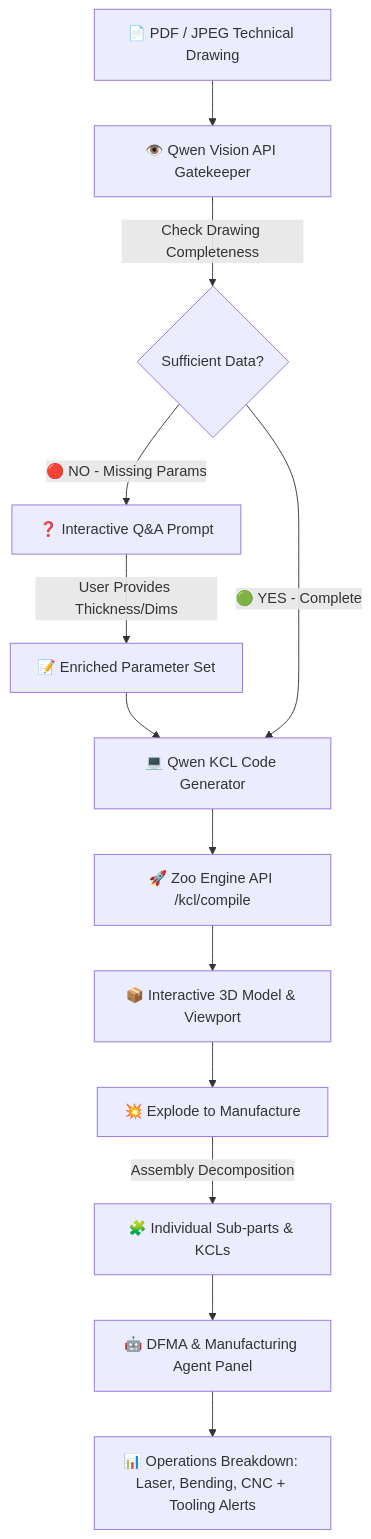
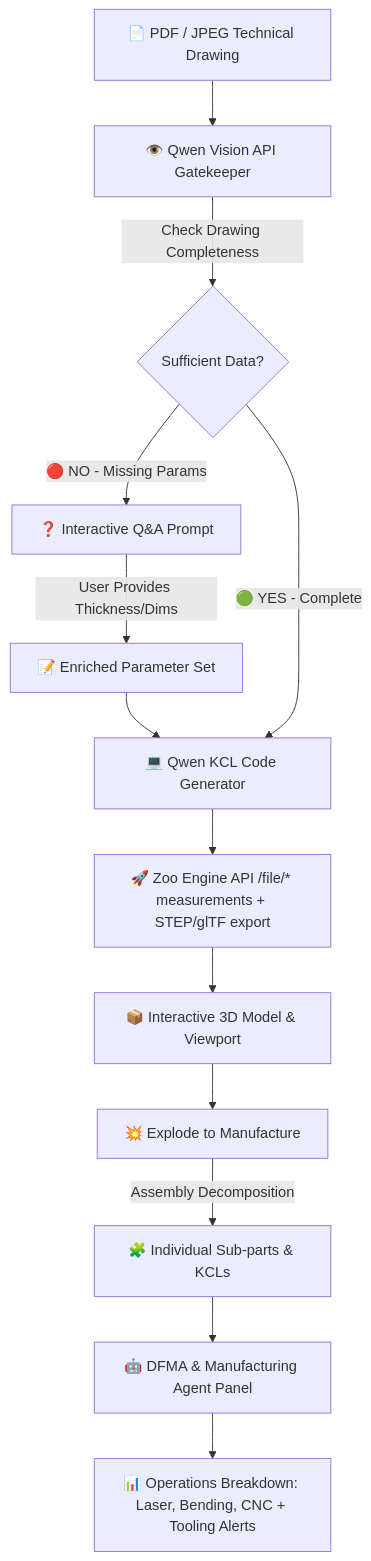
The diagram in README.md (kuntaykunt/zoo-the-api-makeathon), drawn with Mermaid before and after one commit. The commit also changed other lines of this file and 11 other files, not shown here.

````diff
--- a/README.md
+++ b/README.md
@@ -46,21 +46,21 @@
 ```mermaid
 flowchart TD
     A[📄 PDF / JPEG Technical Drawing] --> B[👁️ Qwen Vision API Gatekeeper]
     
     B -->|Check Drawing Completeness| C{Sufficient Data?}
     
     C -->|🔴 NO - Missing Params| D[❓ Interactive Q&A Prompt]
     D -->|User Provides Thickness/Dims| E[📝 Enriched Parameter Set]
     E --> F
     
     C -->|🟢 YES - Complete| F[💻 Qwen KCL Code Generator]
     
-    F --> G[🚀 Zoo Engine API /kcl/compile]
+    F --> G[🚀 Zoo Engine API /file/* measurements + STEP/glTF export]
     G --> H[📦 Interactive 3D Model & Viewport]
     
     H --> I[💥 Explode to Manufacture]
     I -->|Assembly Decomposition| J[🧩 Individual Sub-parts & KCLs]
     
     J --> K[🤖 DFMA & Manufacturing Agent Panel]
     K --> L[📊 Operations Breakdown: Laser, Bending, CNC + Tooling Alerts]
 ```
````
